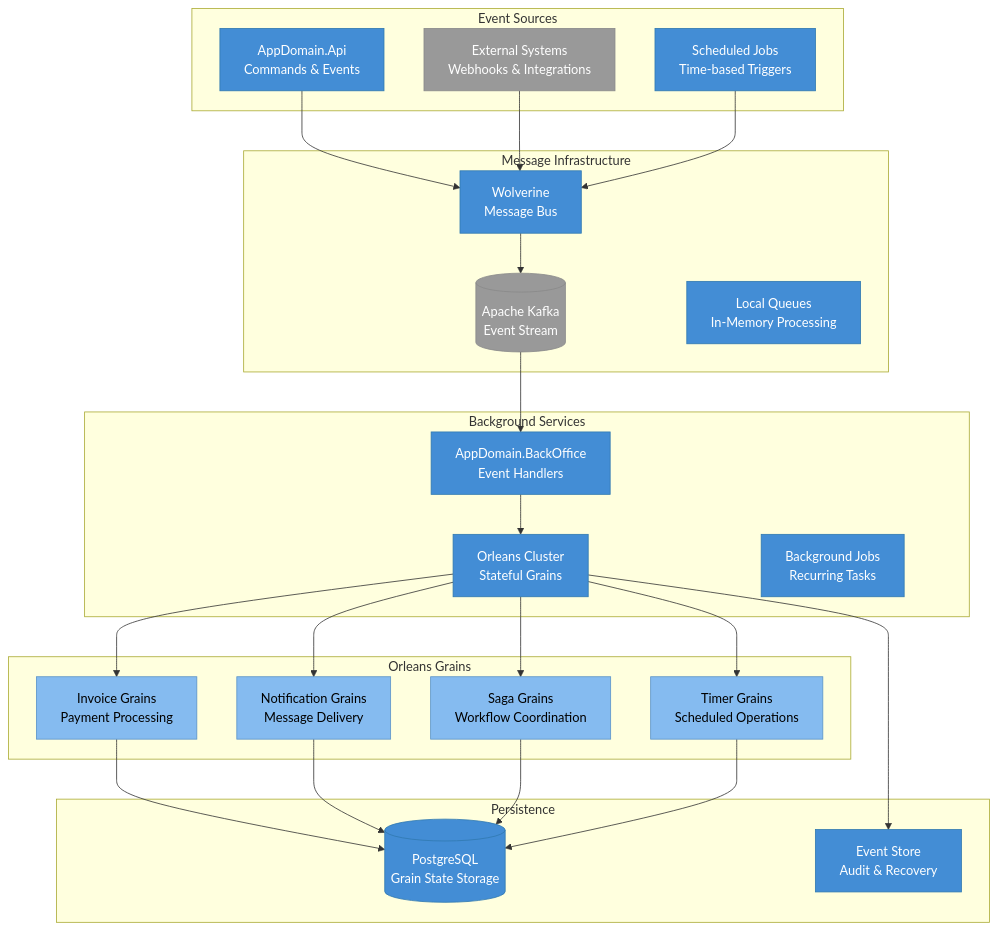
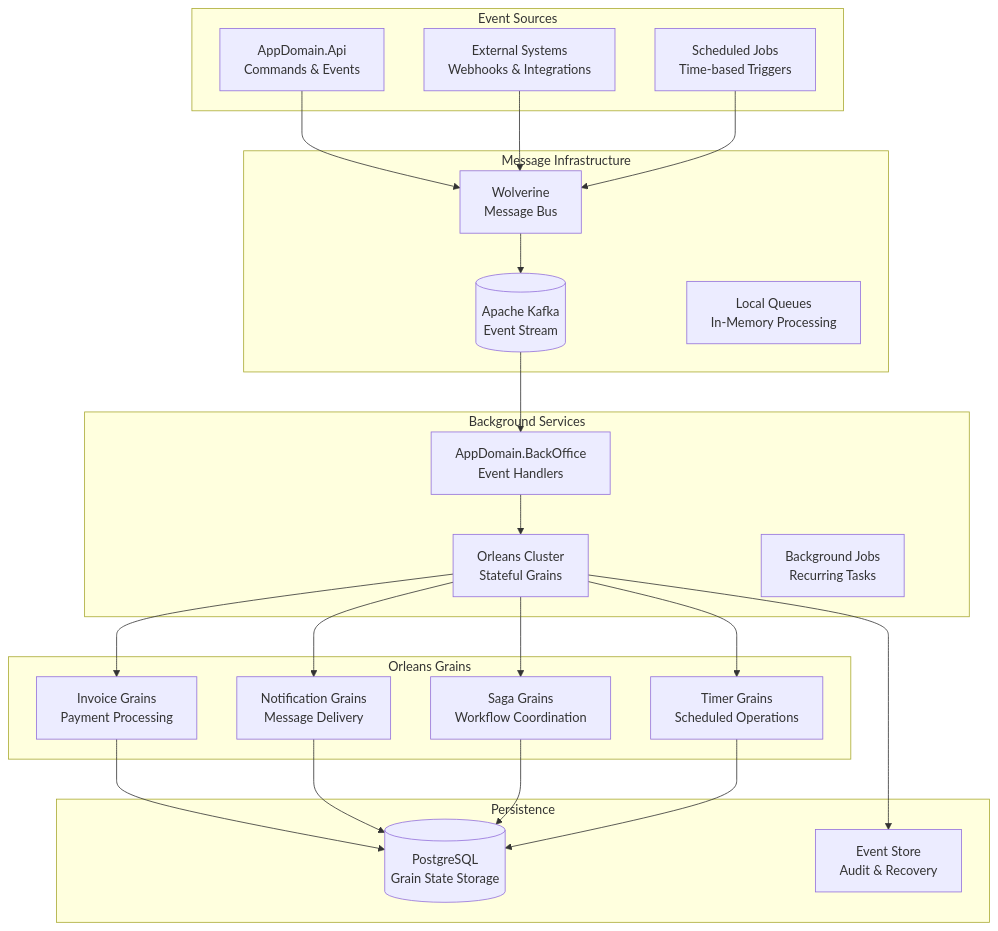
Before and after one commit to vgmello/momentum: the diagram in docs/arch/background-processing.md, drawn with Mermaid. The commit also changed 4 other files, not shown here.

Commit message:
Update documentation: remove unused class definitions from diagrams and add Playwright MCP screenshots/traces to .gitignore

````diff
--- a/docs/arch/background-processing.md
+++ b/docs/arch/background-processing.md
@@ -13,57 +13,48 @@
 ```mermaid
 graph TB
     subgraph SOURCES ["Event Sources"]
         API[AppDomain.Api<br/>Commands & Events]
         External[External Systems<br/>Webhooks & Integrations]
         Scheduled[Scheduled Jobs<br/>Time-based Triggers]
     end
 
     subgraph MSGINFRA ["Message Infrastructure"]
         Wolverine[Wolverine<br/>Message Bus]
         Kafka[(Apache Kafka<br/>Event Stream)]
         LocalQueues[Local Queues<br/>In-Memory Processing]
     end
 
     subgraph BGSVC ["Background Services"]
         BackOffice[AppDomain.BackOffice<br/>Event Handlers]
         Orleans[Orleans Cluster<br/>Stateful Grains]
         Jobs[Background Jobs<br/>Recurring Tasks]
     end
 
     subgraph GRAINS ["Orleans Grains"]
         InvoiceGrain[Invoice Grains<br/>Payment Processing]
         NotificationGrain[Notification Grains<br/>Message Delivery]
         SagaGrain[Saga Grains<br/>Workflow Coordination]
         TimerGrain[Timer Grains<br/>Scheduled Operations]
     end
 
     subgraph PERSIST ["Persistence"]
         Database[(PostgreSQL<br/>Grain State Storage)]
         EventStore[Event Store<br/>Audit & Recovery]
     end
 
     API --> Wolverine
     External --> Wolverine
     Scheduled --> Wolverine
     Wolverine --> Kafka
     Kafka --> BackOffice
     BackOffice --> Orleans
     Orleans --> InvoiceGrain
     Orleans --> NotificationGrain
     Orleans --> SagaGrain
     Orleans --> TimerGrain
     InvoiceGrain --> Database
     NotificationGrain --> Database
     SagaGrain --> Database
     TimerGrain --> Database
     Orleans --> EventStore
-
-    classDef container fill:#438dd5,stroke:#3079b0,color:#ffffff
-    classDef component fill:#85bbf0,stroke:#5b93c8,color:#000000
-    classDef external fill:#999999,stroke:#8a8a8a,color:#ffffff
-    classDef person fill:#08427b,stroke:#052e56,color:#ffffff
-
-    class API,Scheduled,Wolverine,LocalQueues,BackOffice,Orleans,Jobs,Database,EventStore container
-    class InvoiceGrain,NotificationGrain,SagaGrain,TimerGrain component
-    class External,Kafka external
 ```
````
